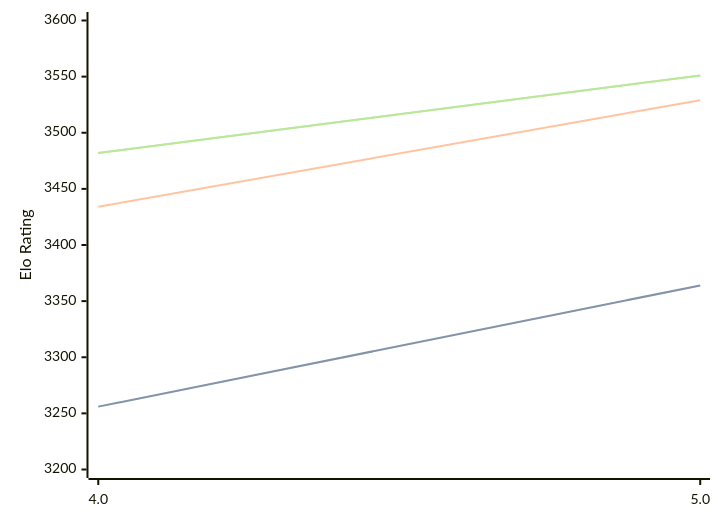
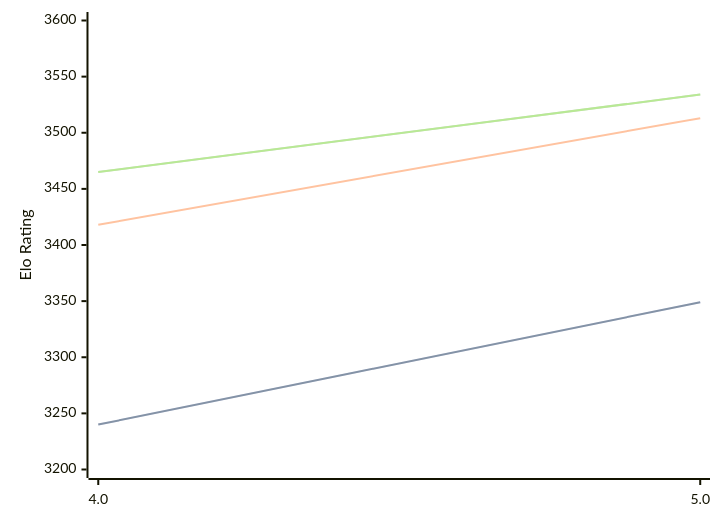
Before and after one commit to computer-chess-index/cci: the diagram in engines/Tarnished.md, drawn with Mermaid. The commit also changed other lines of this file, not shown here.

Commit message:
Update CCI Ratings (ELO VLTC) - 2026-05-20

````diff
--- a/engines/Tarnished.md
+++ b/engines/Tarnished.md
@@ -36,11 +36,11 @@
 ```mermaid
 %%{init: {"theme":"base","themeVariables":{"seriesColors:['#a3a3a3','#222221','#faa371']}}}%%
 xychart-beta
   x-axis ["4.0", "5.0"]
   y-axis "Elo Rating" 3200 --> 3600
-  line "STC (8.0+0.08s)" [3256, 3364]
-  line "STC (8.0+0.08s)" [3256, 3364]
-  line "LTC (60.0+0.60s)" [3434, 3529]
-  line "VLTC (2m24s+1.12s)" [3482, 3551]
-  line "VLTC (2m24s+1.12s)" [3482, 3551]
+  line "STC (8.0+0.08s)" [3240, 3349]
+  line "STC (8.0+0.08s)" [3240, 3349]
+  line "LTC (60.0+0.60s)" [3418, 3513]
+  line "VLTC (2m24s+1.12s)" [3465, 3534]
+  line "VLTC (2m24s+1.12s)" [3465, 3534]
 ```
````
